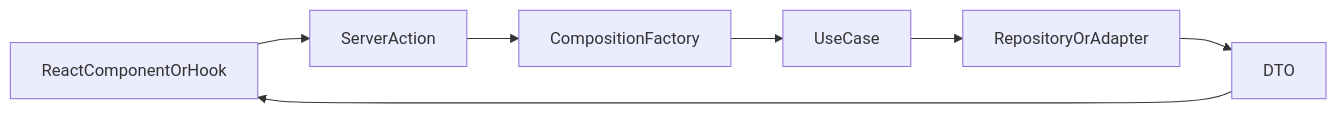
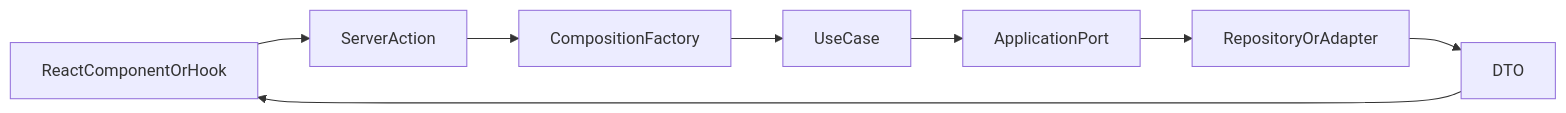
Before and after one commit to clawrenceharris/peer-playbook: the first of 4 diagrams in docs/ARCHITECTURE.md, drawn with Mermaid. The commit also changed other lines of this file and 156 other files, not shown here.

Commit message:
fix/architectural fixes

````diff
--- a/docs/ARCHITECTURE.md
+++ b/docs/ARCHITECTURE.md
@@ -35,9 +35,10 @@
 ```mermaid
 flowchart LR
   ui[ReactComponentOrHook] --> action[ServerAction]
   action --> composition[CompositionFactory]
   composition --> useCase[UseCase]
-  useCase --> repository[RepositoryOrAdapter]
+  useCase --> port[ApplicationPort]
+  port --> repository[RepositoryOrAdapter]
   repository --> dto[DTO]
   dto --> ui
 ```
````
